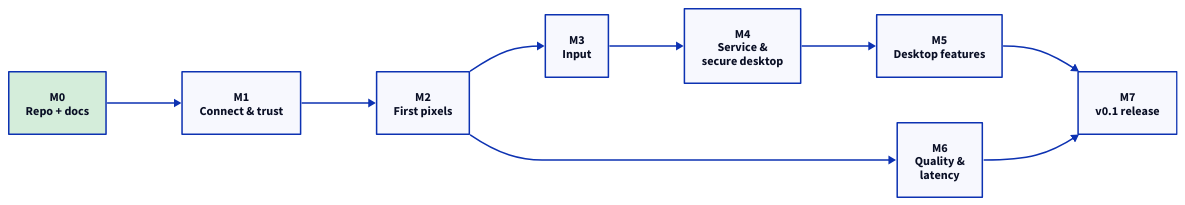
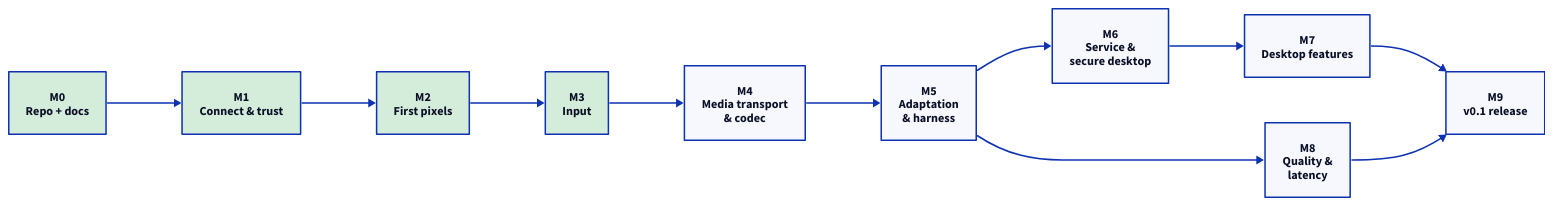
The diagram in docs/roadmap/milestones.d2 (Yooouuuuuuu/illumination), drawn with D2 before and after one commit. The commit also changed 8 other files, not shown here.

```diff
--- a/docs/roadmap/milestones.d2
+++ b/docs/roadmap/milestones.d2
@@ -1,18 +1,18 @@
 # Milestone dependencies. Each milestone has a pass/fail check in roadmap.md.
 
 direction: right
 
 m0: "M0\nRepo + docs" {style.fill: "#d4edda"}
-m1: "M1\nConnect & trust"
-m2: "M2\nFirst pixels"
-m3: "M3\nInput"
-m4: "M4\nService &\nsecure desktop"
-m5: "M5\nDesktop features"
-m6: "M6\nQuality &\nlatency"
-m7: "M7\nv0.1 release"
+m1: "M1\nConnect & trust" {style.fill: "#d4edda"}
+m2: "M2\nFirst pixels" {style.fill: "#d4edda"}
+m3: "M3\nInput" {style.fill: "#d4edda"}
+m4: "M4\nMedia transport\n& codec"
+m5: "M5\nAdaptation\n& harness"
+m6: "M6\nService &\nsecure desktop"
+m7: "M7\nDesktop features"
+m8: "M8\nQuality &\nlatency"
+m9: "M9\nv0.1 release"
 
-m0 -> m1 -> m2 -> m3 -> m4
-m2 -> m6
-m4 -> m5
-m5 -> m7
-m6 -> m7
+m0 -> m1 -> m2 -> m3 -> m4 -> m5
+m5 -> m6 -> m7 -> m9
+m5 -> m8 -> m9
```
